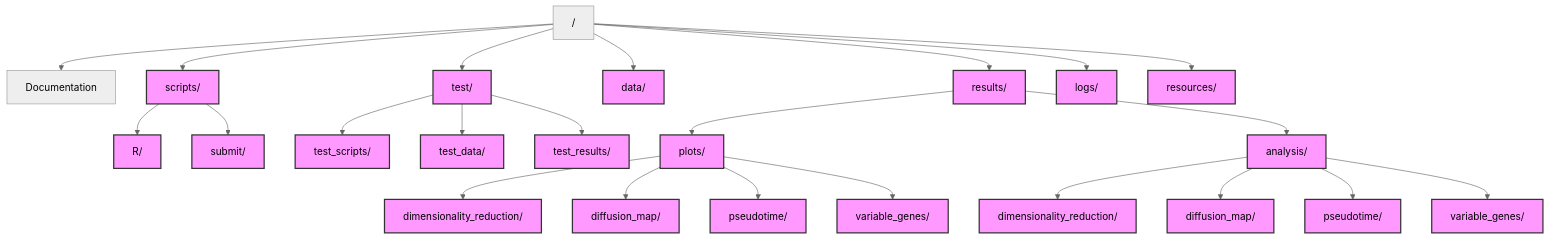
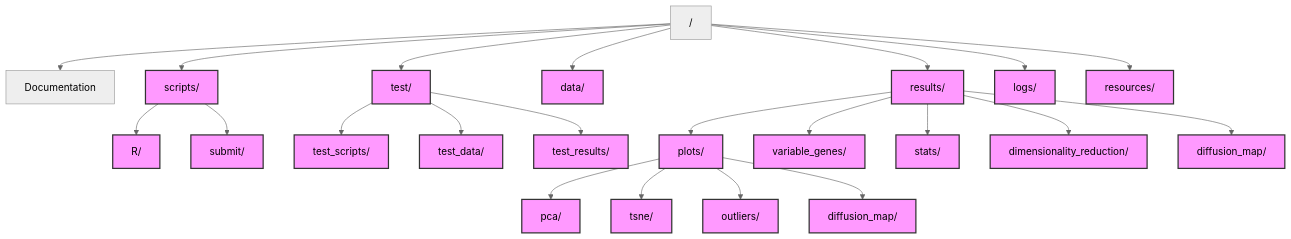
Before and after one commit to erenada/mimetic_cells_URD_analyses: the diagram in README.md, drawn with Mermaid (neutral theme). The commit also changed other lines of this file and 21 other files, not shown here.

````diff
--- a/README.md
+++ b/README.md
@@ -7,37 +7,35 @@
 ```mermaid
 graph TD
     Root["/"] --> Doc[Documentation]
     Root --> Scripts[scripts/]
     Root --> Test[test/]
     Root --> Data[data/]
     Root --> Results[results/]
     Root --> Logs[logs/]
     Root --> Resources[resources/]
 
     %% Scripts structure
     Scripts --> R[R/]
     Scripts --> Submit[submit/]
 
     %% Test structure
     Test --> TestScripts[test_scripts/]
     Test --> TestData[test_data/]
     Test --> TestResults[test_results/]
 
     %% Results structure
     Results --> Plots[plots/]
-    Results --> Analysis[analysis/]
+    Results --> VariableGenes[variable_genes/]
+    Results --> Stats[stats/]
+    Results --> DimRed[dimensionality_reduction/]
+    Results --> DiffMap[diffusion_map/]
 
-    Plots --> P1[dimensionality_reduction/]
-    Plots --> P2[diffusion_map/]
-    Plots --> P3[pseudotime/]
-    Plots --> P4[variable_genes/]
-
-    Analysis --> A1[dimensionality_reduction/]
-    Analysis --> A2[diffusion_map/]
-    Analysis --> A3[pseudotime/]
-    Analysis --> A4[variable_genes/]
+    Plots --> PCA[pca/]
+    Plots --> TSNE[tsne/]
+    Plots --> Outliers[outliers/]
+    Plots --> DiffMapPlots[diffusion_map/]
 
     %% Styling
     classDef directory fill:#f9f,stroke:#333,stroke-width:2px
-    class Scripts,R,Submit,Test,TestScripts,TestData,TestResults,Data,Results,Logs,Resources,Plots,Analysis,P1,P2,P3,P4,A1,A2,A3,A4 directory
+    class Scripts,R,Submit,Test,TestScripts,TestData,TestResults,Data,Results,Logs,Resources,Plots,VariableGenes,Stats,DimRed,DiffMap,PCA,TSNE,Outliers,DiffMapPlots directory
 ```
````
